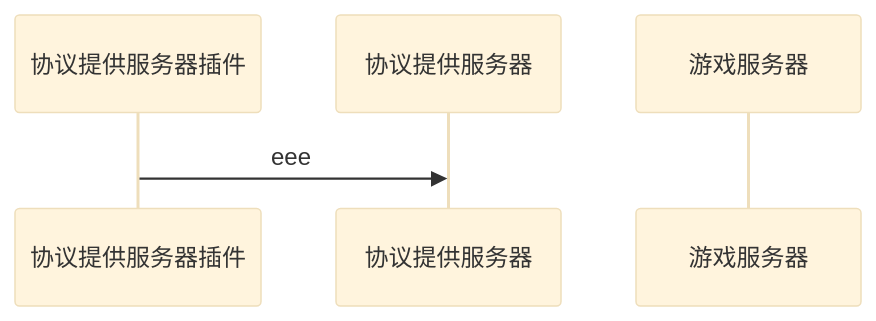
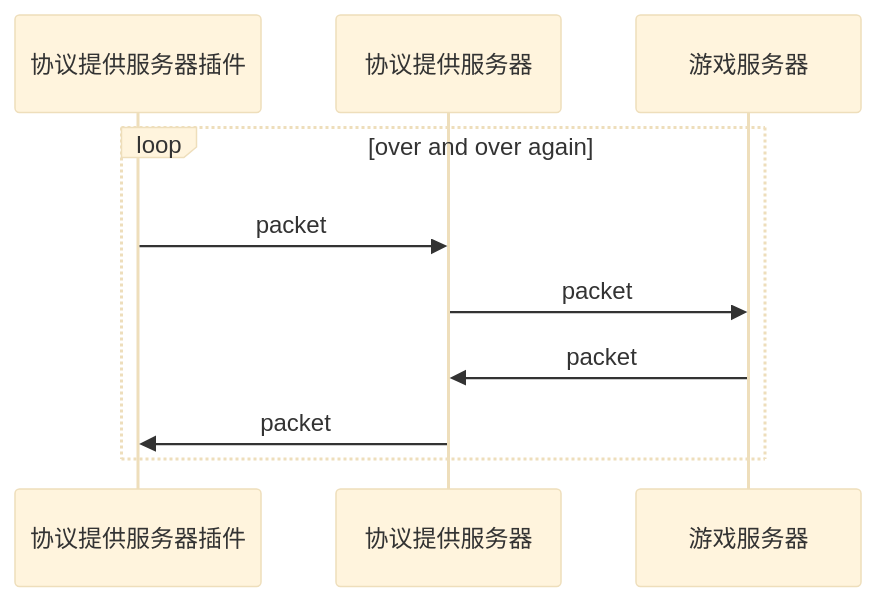
Before and after one commit to Cdm2883/MineChat-Docs: the diagram in builtin/protocol/protocol-server.md, drawn with Mermaid (base theme). The commit also changed other lines of this file, not shown here.

````diff
--- a/builtin/protocol/protocol-server.md
+++ b/builtin/protocol/protocol-server.md
@@ -7,7 +8,12 @@
 ```mermaid
 sequenceDiagram
     participant plugin as 协议提供服务器插件
     participant protocol_server as 协议提供服务器
     participant server as 游戏服务器
-    plugin ->> protocol_server: eee
+    loop over and over again
+        plugin ->> protocol_server: packet
+        protocol_server ->> server: packet
+        server ->> protocol_server: packet
+        protocol_server ->> plugin: packet
+    end
 ```
````
